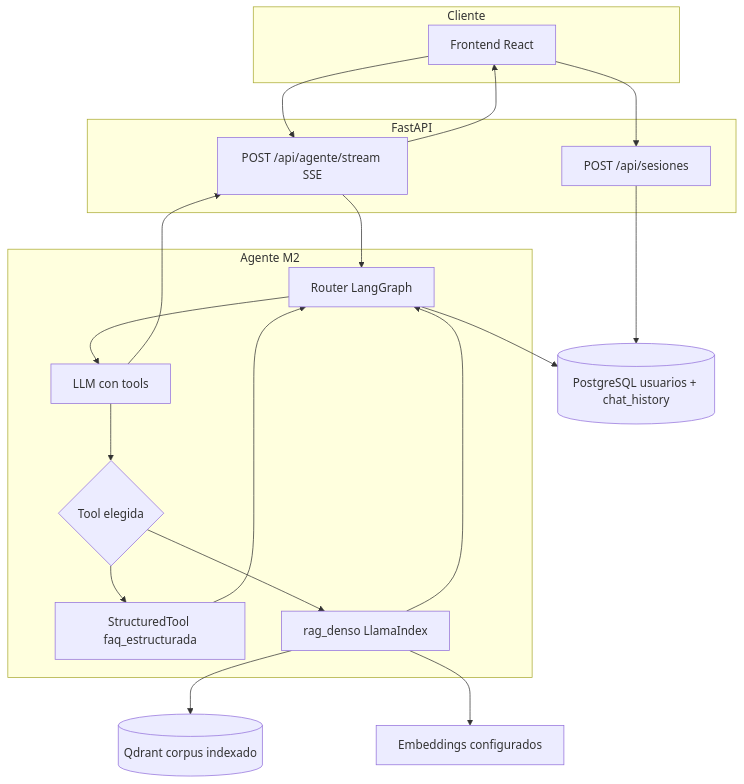
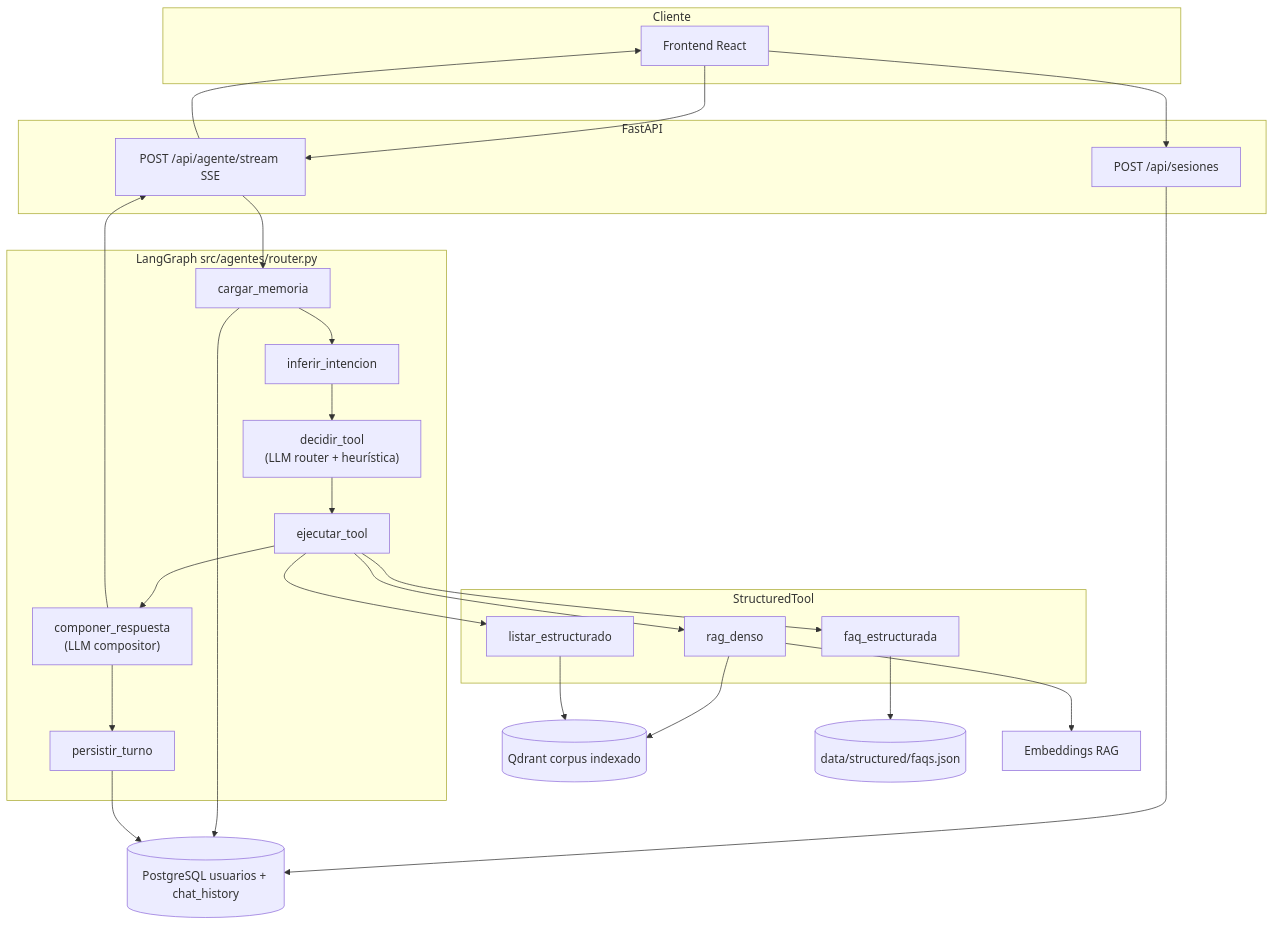
The second of 3 diagrams in README.md (frankdaza/uao_ia_cd_tecnicas_avanzadas_ia), drawn with Mermaid before and after one commit. The commit also changed other lines of this file, not shown here.

Commit message:
feat: actualiza la documentación del agente conversacional y mejora la arquitectura del grafo
- Se añade un resumen del grafo LangGraph en `README.md`, incluyendo el orden de nodos, herramientas y heurísticas.
- Se actualiza la descripción del camino de inferencia en la arquitectura del agente para incluir detalles sobre la ejecución y composición de respuestas.
- Se incorpora la herramienta `listar_estructurado` en la documentación, ampliando las capacidades del agente.
- Se mejora la claridad de las herramientas expuestas al modelo, especificando su uso y validación.

````diff
--- a/README.md
+++ b/README.md
@@ -62,36 +63,44 @@
 ```mermaid
 flowchart TB
   subgraph cli["Cliente"]
     FE["Frontend React"]
   end
   subgraph capaApi["FastAPI"]
     S["POST /api/sesiones"]
     A["POST /api/agente/stream SSE"]
   end
-  subgraph nucleo["Agente M2"]
-    RG["Router LangGraph"]
-    LLM["LLM con tools"]
-    H{"Tool elegida"}
-    FAQ["StructuredTool faq_estructurada"]
-    RAG["rag_denso LlamaIndex"]
+  subgraph grafo["LangGraph src/agentes/router.py"]
+    M["cargar_memoria"]
+    I["inferir_intencion"]
+    D["decidir_tool<br/>(LLM router + heurística)"]
+    E["ejecutar_tool"]
+    CP["componer_respuesta<br/>(LLM compositor)"]
+    PS["persistir_turno"]
+    M --> I --> D --> E --> CP --> PS
+  end
+  subgraph tools["StructuredTool"]
+    FAQ["faq_estructurada"]
+    RAG["rag_denso"]
+    LST["listar_estructurado"]
   end
   PG[("PostgreSQL usuarios + chat_history")]
   QD[("Qdrant corpus indexado")]
-  EMB["Embeddings configurados"]
+  FAQjson[("data/structured/faqs.json")]
+  EMB["Embeddings RAG"]
 
   FE --> S
   FE --> A
   S --> PG
-  A --> RG
-  RG --> PG
-  RG --> LLM
-  LLM --> H
-  H --> FAQ
-  H --> RAG
+  A --> M
+  M --> PG
+  E --> FAQ
+  E --> RAG
+  E --> LST
+  FAQ --> FAQjson
   RAG --> QD
   RAG --> EMB
-  FAQ --> RG
-  RAG --> RG
-  LLM --> A
+  LST --> QD
+  PS --> PG
+  CP --> A
   A --> FE
 ```
````
